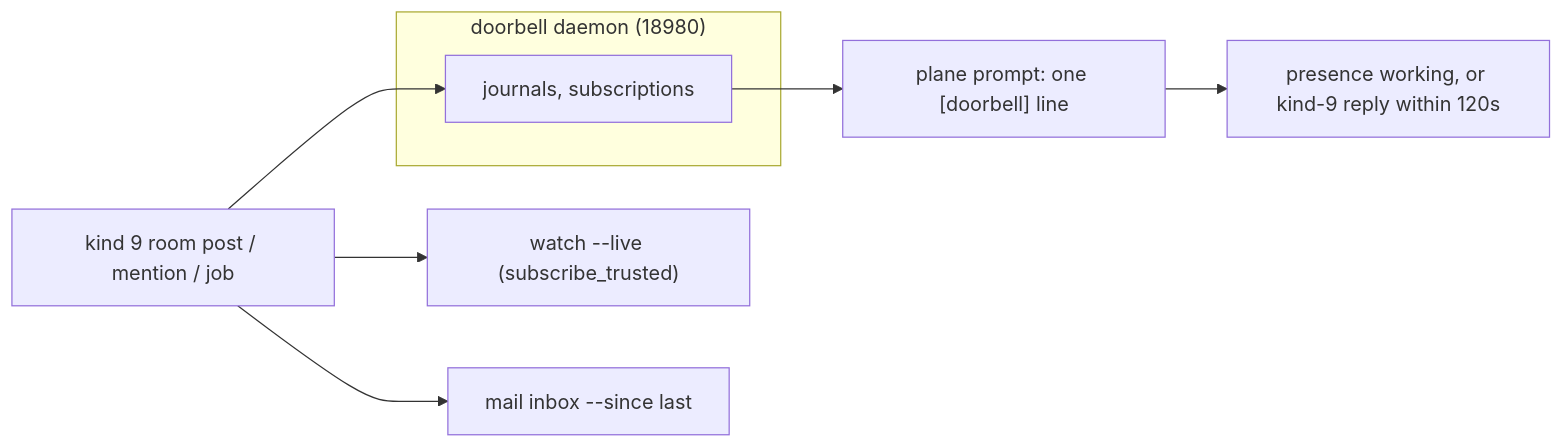
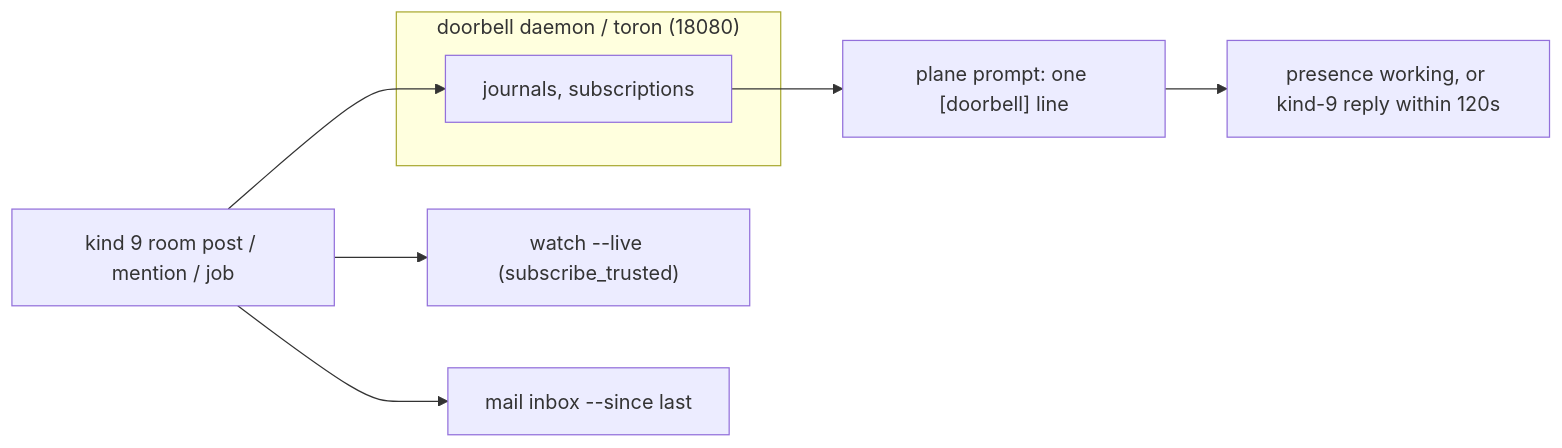
The second of 2 diagrams in docs/guides/integration.mdx (bangedorrunt/flywheel), drawn with Mermaid before and after one commit. The commit also changed other lines of this file and 7 other files, not shown here.

````diff
--- a/docs/guides/integration.mdx
+++ b/docs/guides/integration.mdx
@@ -52,11 +52,11 @@
 ```mermaid
 flowchart LR
-    subgraph wake["doorbell daemon (18980)"]
+    subgraph wake["doorbell daemon / toron (18080)"]
         J["journals, subscriptions"]
     end
     K9["kind 9 room post / mention / job"] --> J
     K9 --> WL["watch --live (subscribe_trusted)"]
     K9 --> MB["mail inbox --since last"]
     J --> P["plane prompt: one [doorbell] line"]
     P --> AK["presence working, or kind-9 reply within 120s"]
 ```
````
